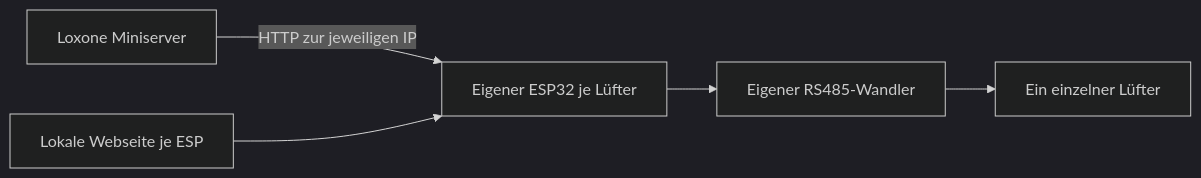
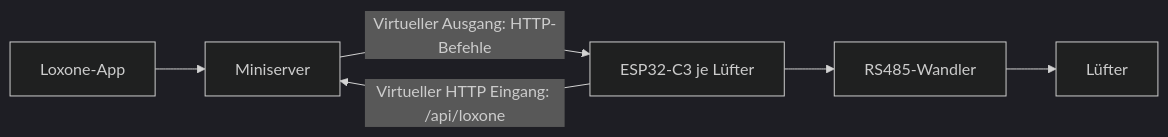
One commit to Philipp0493/ESP32-C3-Super-Mini-L-ftungssteuerung changed the diagram in docs/LOXONE.md. Above: the diagram before and after it, drawn with Mermaid (dark theme). The commit also changed other lines of this file and 27 other files, not shown here.

````diff
--- a/docs/LOXONE.md
+++ b/docs/LOXONE.md
@@ -5,6 +17,7 @@
 ```mermaid
 flowchart LR
-    L[Loxone Miniserver] -->|HTTP zur jeweiligen IP| E[Eigener ESP32 je Lüfter]
-    P[Lokale Webseite je ESP] --> E
-    E --> W[Eigener RS485-Wandler] --> A[Ein einzelner Lüfter]
+    APP[Loxone-App] --> MS[Miniserver]
+    MS -->|Virtueller Ausgang: HTTP-Befehle| ESP[ESP32-C3 je Lüfter]
+    ESP -->|Virtueller HTTP Eingang: /api/loxone| MS
+    ESP --> RS[RS485-Wandler] --> F[Lüfter]
 ```
````
